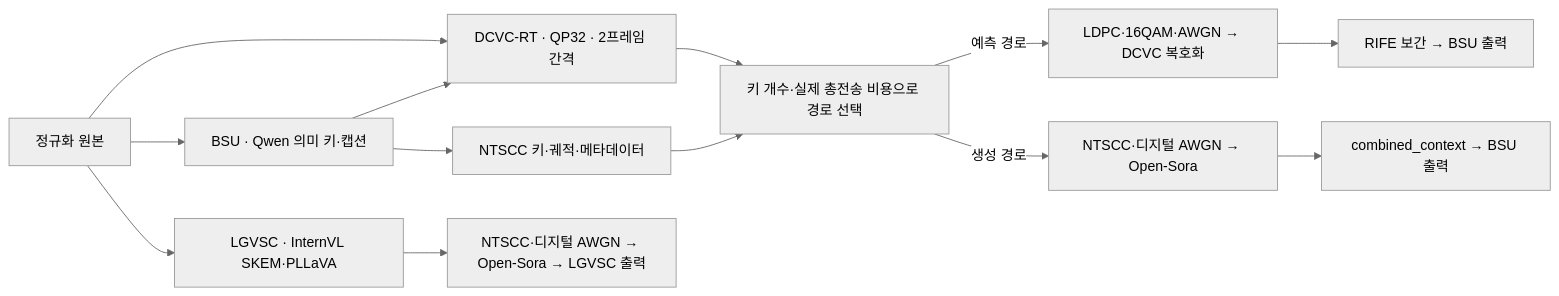
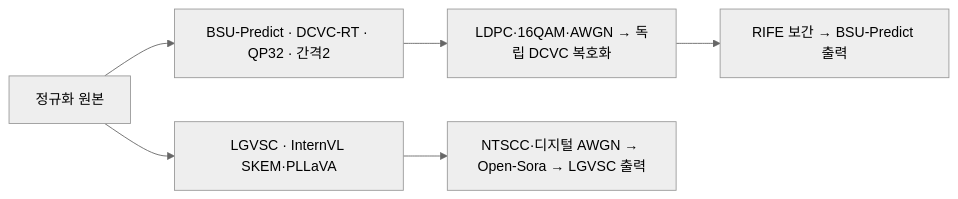
Before and after one commit to SangukBae/semantic_transmission: the first of 9 diagrams in docs/MODEL_ARCHITECTURE.md, drawn with Mermaid (neutral theme). The commit also changed other lines of this file and 8 other files, not shown here.

Commit message:
docs(bsu-predict): declare the development model and verification scope

````diff
--- a/docs/MODEL_ARCHITECTURE.md
+++ b/docs/MODEL_ARCHITECTURE.md
@@ -30,15 +35,8 @@
 ```mermaid
 flowchart LR
-    V[정규화 원본] --> Q[BSU · Qwen 의미 키·캡션]
-    V --> C[DCVC-RT · QP32 · 2프레임 간격]
-    Q --> N[NTSCC 키·궤적·메타데이터]
-    Q --> C
-    C --> R[키 개수·실제 총전송 비용으로 경로 선택]
-    N --> R
-    R -->|예측 경로| P[LDPC·16QAM·AWGN → DCVC 복호화]
-    P --> I[RIFE 보간 → BSU 출력]
-    R -->|생성 경로| B[NTSCC·디지털 AWGN → Open-Sora]
-    B --> K[combined_context → BSU 출력]
+    V[정규화 원본] --> C[BSU-Predict · DCVC-RT · QP32 · 간격2]
+    C --> P[LDPC·16QAM·AWGN → 독립 DCVC 복호화]
+    P --> I[RIFE 보간 → BSU-Predict 출력]
     V --> L[LGVSC · InternVL SKEM·PLLaVA]
     L --> T[NTSCC·디지털 AWGN → Open-Sora → LGVSC 출력]
 ```
````
